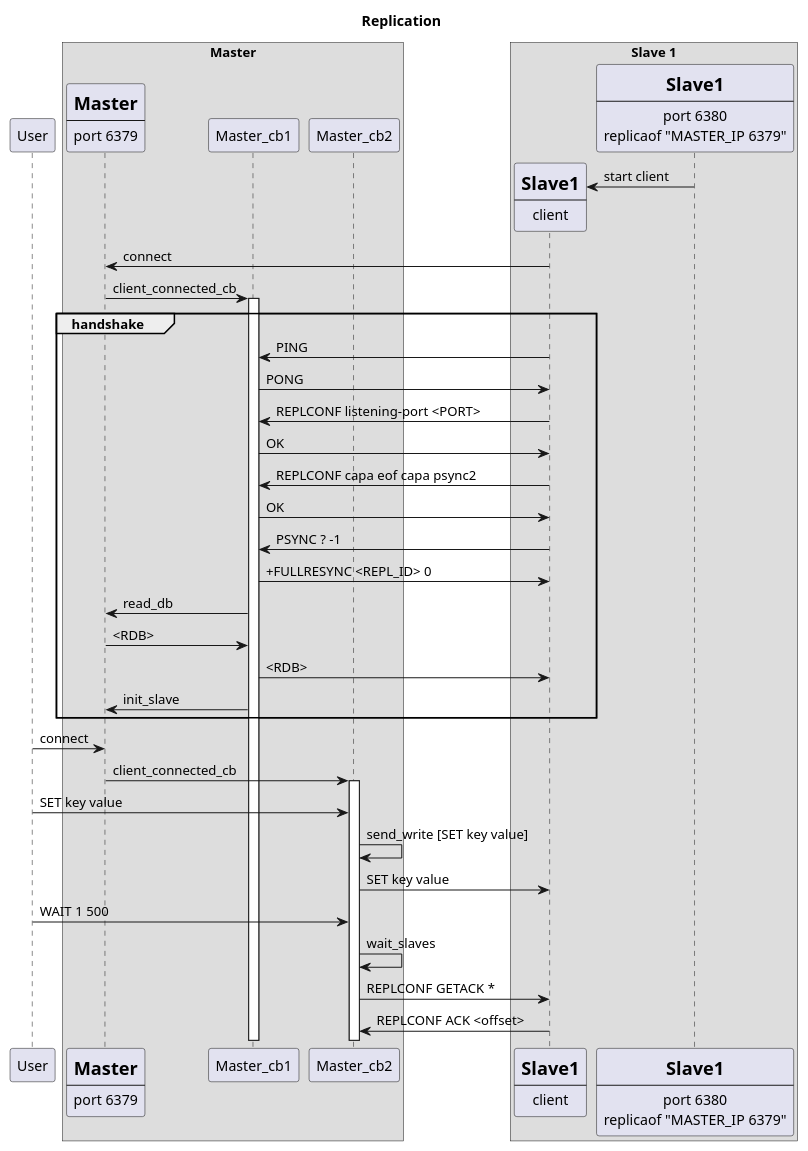
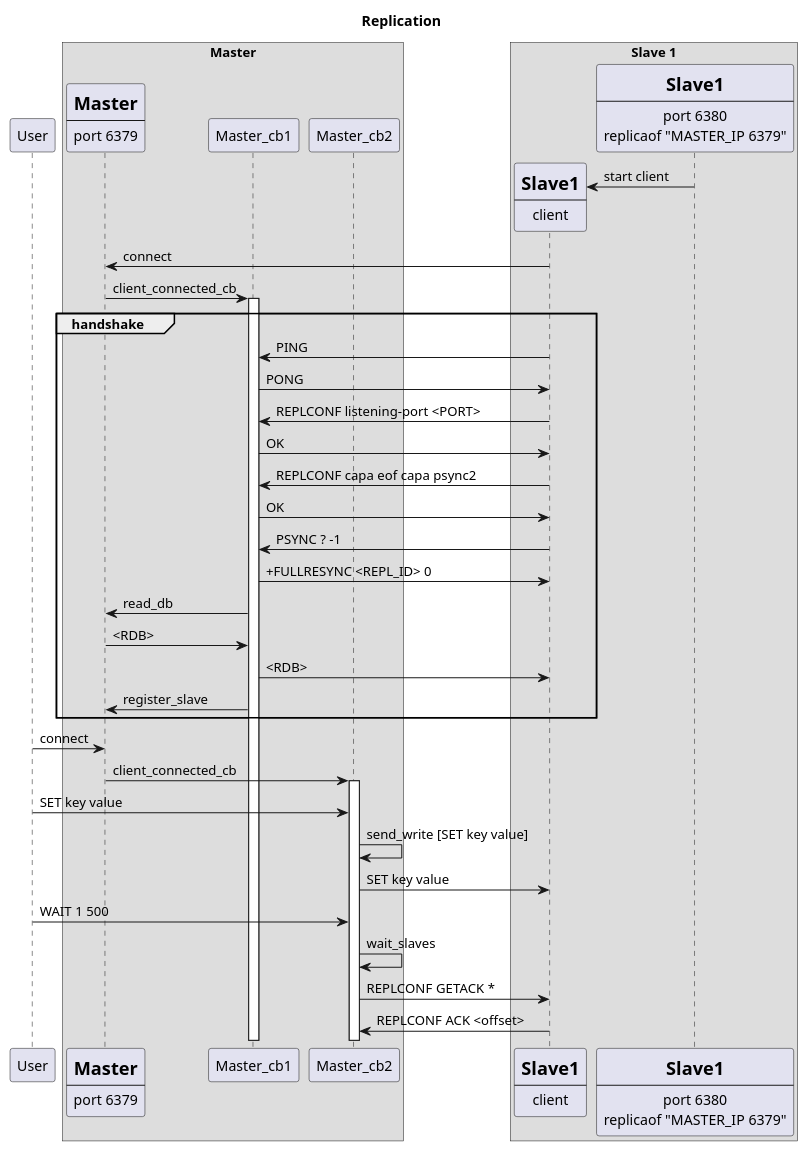
One commit to danilogalisteu/codecrafters-redis-python changed the diagram in docs/replication.md. Above: the diagram before and after it, drawn with PlantUML.

Commit message:
updated functin name

````diff
--- a/docs/replication.md
+++ b/docs/replication.md
@@ -8,65 +8,65 @@
 ```plantuml
 @startuml
 
 title Replication
 
 participant User
 
 box "Master"
 participant Master [
   =Master
   ----
   port 6379
 ]
 participant Master_cb1
 participant Master_cb2
 end box
 
 box "Slave 1"
 participant Slave1R [
   =Slave1
   ----
   client
 ]
 participant Slave1S [
   =Slave1
   ----
   port 6380
   replicaof "MASTER_IP 6379"
 ]
 end box
 
 Slave1S -> Slave1R ** : start client
 Slave1R -> Master : connect
 Master -> Master_cb1 ++ : client_connected_cb
 
 group handshake
 Slave1R -> Master_cb1 : PING
 Master_cb1 -> Slave1R : PONG
 Slave1R -> Master_cb1 : REPLCONF listening-port <PORT>
 Master_cb1 -> Slave1R : OK
 Slave1R -> Master_cb1 : REPLCONF capa eof capa psync2
 Master_cb1 -> Slave1R : OK
 Slave1R -> Master_cb1 : PSYNC ? -1
 Master_cb1 -> Slave1R : +FULLRESYNC <REPL_ID> 0
 Master_cb1 -> Master : read_db
 Master -> Master_cb1 : <RDB>
 Master_cb1 -> Slave1R : <RDB>
-Master_cb1 -> Master : init_slave
+Master_cb1 -> Master : register_slave
 end
 
 
 User -> Master: connect
 Master -> Master_cb2 ++ : client_connected_cb
 User -> Master_cb2 : SET key value
 Master_cb2 -> Master_cb2 : send_write [SET key value]
 Master_cb2 -> Slave1R : SET key value
 
 User -> Master_cb2 : WAIT 1 500
 Master_cb2 -> Master_cb2 : wait_slaves
 
 Master_cb2 -> Slave1R : REPLCONF GETACK *
 Master_cb2 <- Slave1R : REPLCONF ACK <offset>
 
 @enduml
 ```
````
